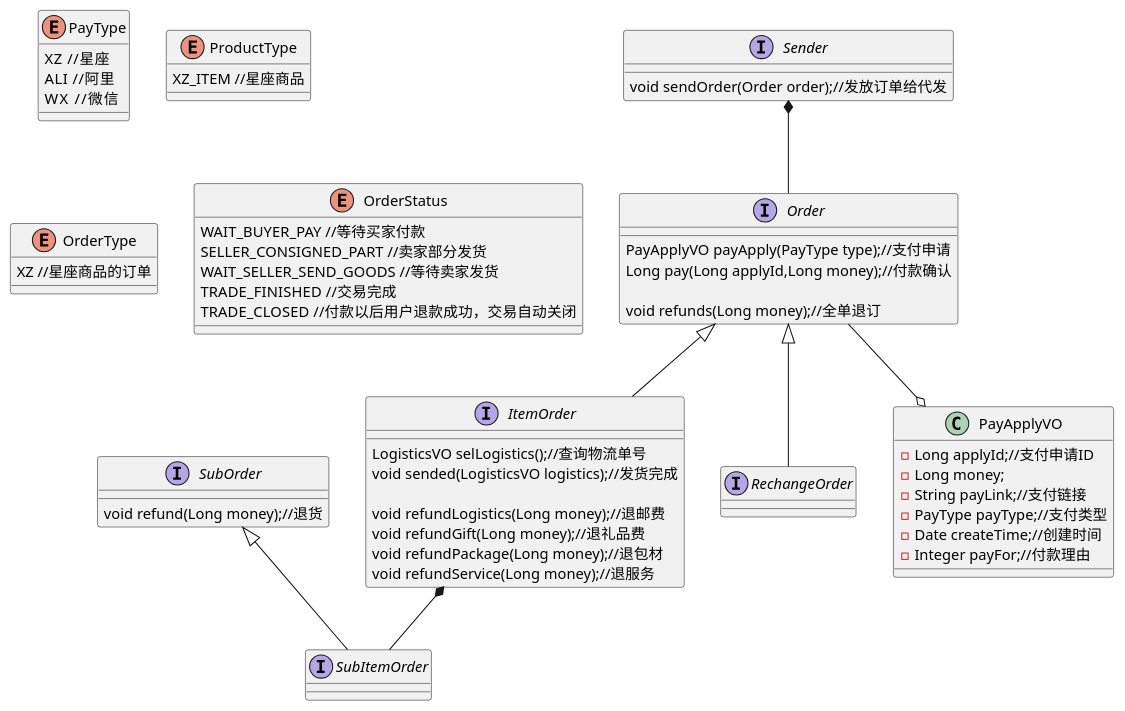
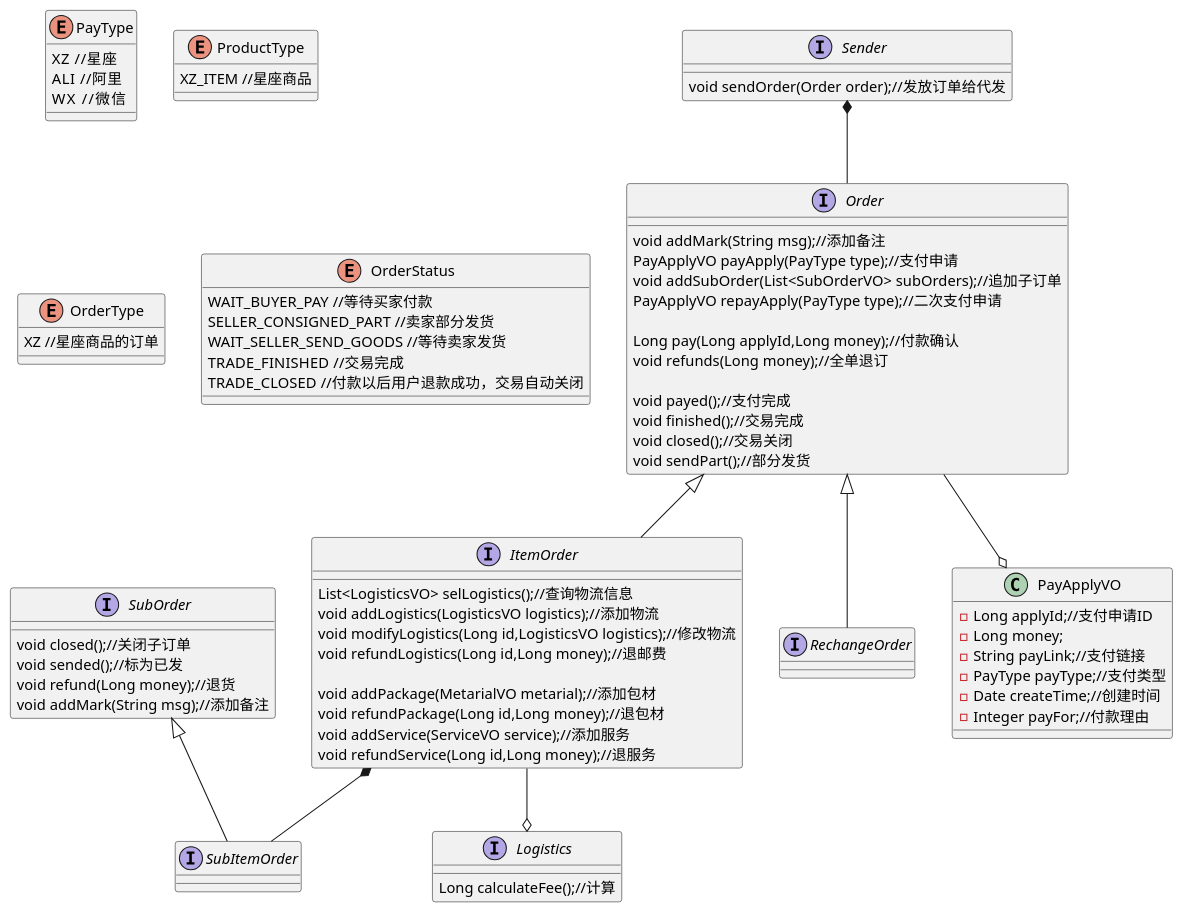
One commit to pogy/main-pom changed the diagram in main4-order/main4-order-api/src/main/resources/orderClass.puml. Above: the diagram before and after it, drawn with PlantUML. The commit also changed 15 other files, not shown here.

```diff
--- a/main4-order/main4-order-api/src/main/resources/orderClass.puml
+++ b/main4-order/main4-order-api/src/main/resources/orderClass.puml
@@ -1,81 +1,99 @@
 @startuml
 enum PayType{
 XZ  //星座
 ALI  //阿里
 WX   //微信
 }
 
 interface Order{
+void addMark(String msg);//添加备注
 PayApplyVO payApply(PayType type);//支付申请
+void addSubOrder(List<SubOrderVO> subOrders);//追加子订单
+PayApplyVO repayApply(PayType type);//二次支付申请
+
 Long pay(Long applyId,Long money);//付款确认
+void refunds(Long money);//全单退订
 
-void refunds(Long money);//全单退订
+void payed();//支付完成
+void finished();//交易完成
+void closed();//交易关闭
+void sendPart();//部分发货
 
 }
 
 interface ItemOrder{
-LogisticsVO selLogistics();//查询物流单号
-void sended(LogisticsVO logistics);//发货完成
+List<LogisticsVO> selLogistics();//查询物流信息
+void addLogistics(LogisticsVO logistics);//添加物流
+void modifyLogistics(Long id,LogisticsVO logistics);//修改物流
+void refundLogistics(Long id,Long money);//退邮费
 
-void refundLogistics(Long money);//退邮费
-void refundGift(Long money);//退礼品费
-void refundPackage(Long money);//退包材
-void refundService(Long money);//退服务
+void addPackage(MetarialVO metarial);//添加包材
+void refundPackage(Long id,Long money);//退包材
+void addService(ServiceVO service);//添加服务
+void refundService(Long id,Long money);//退服务
 }
 
 interface RechangeOrder{
 
 }
 
 interface SubOrder{
+void closed();//关闭子订单
+void sended();//标为已发
 void refund(Long money);//退货
+void addMark(String msg);//添加备注
 }
 
 interface SubItemOrder{
 
+}
+
+interface Logistics{
+Long calculateFee();//计算
 }
 
 interface Sender{
 void sendOrder(Order order);//发放订单给代发
 }
 
 enum ProductType{
 XZ_ITEM //星座商品
 
 }
 
 enum OrderType{
 XZ //星座商品的订单
 
 }
 
 enum OrderStatus{
 WAIT_BUYER_PAY //等待买家付款
 SELLER_CONSIGNED_PART //卖家部分发货
 WAIT_SELLER_SEND_GOODS //等待卖家发货
 TRADE_FINISHED  //交易完成
 TRADE_CLOSED  //付款以后用户退款成功，交易自动关闭
 
 }
 
 
 
 class PayApplyVO{
 -Long applyId;//支付申请ID
 -Long money;
 -String payLink;//支付链接
 -PayType payType;//支付类型
 -Date createTime;//创建时间
 -Integer payFor;//付款理由
 }
 
 SubOrder <|-- SubItemOrder
 Order <|-- ItemOrder
+ItemOrder --o Logistics
 Order <|-- RechangeOrder
 ItemOrder *-- SubItemOrder
 Sender *-- Order
 
 Order --o PayApplyVO
 
 
 @enduml
```
